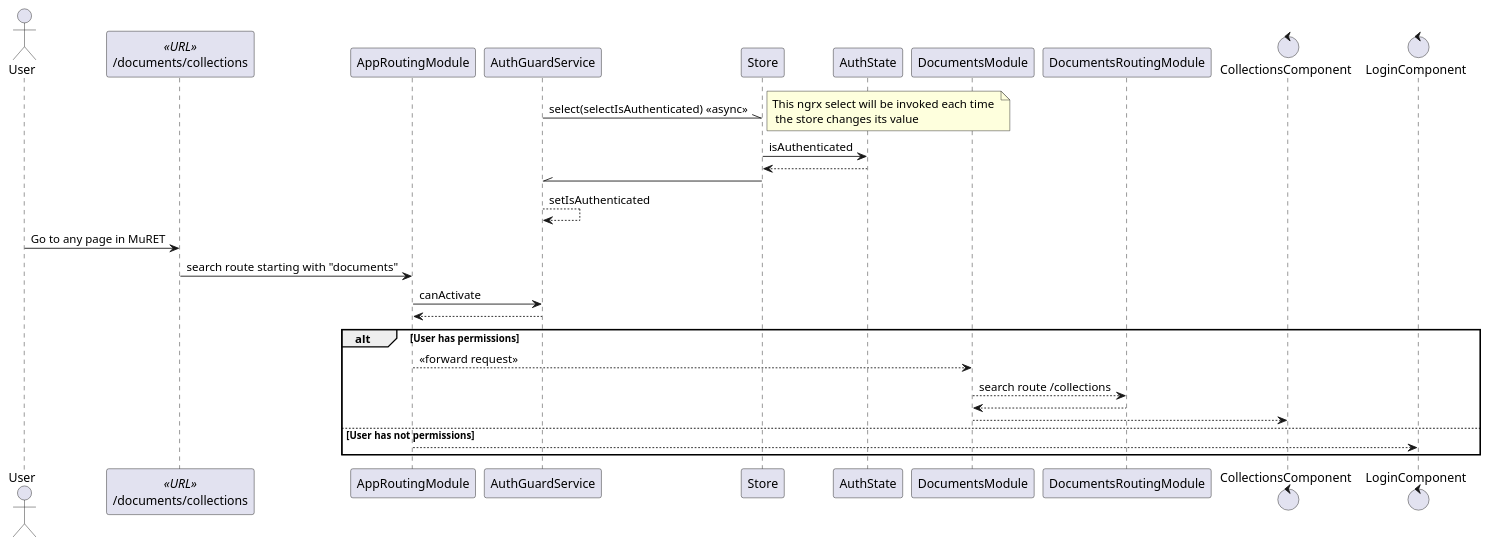
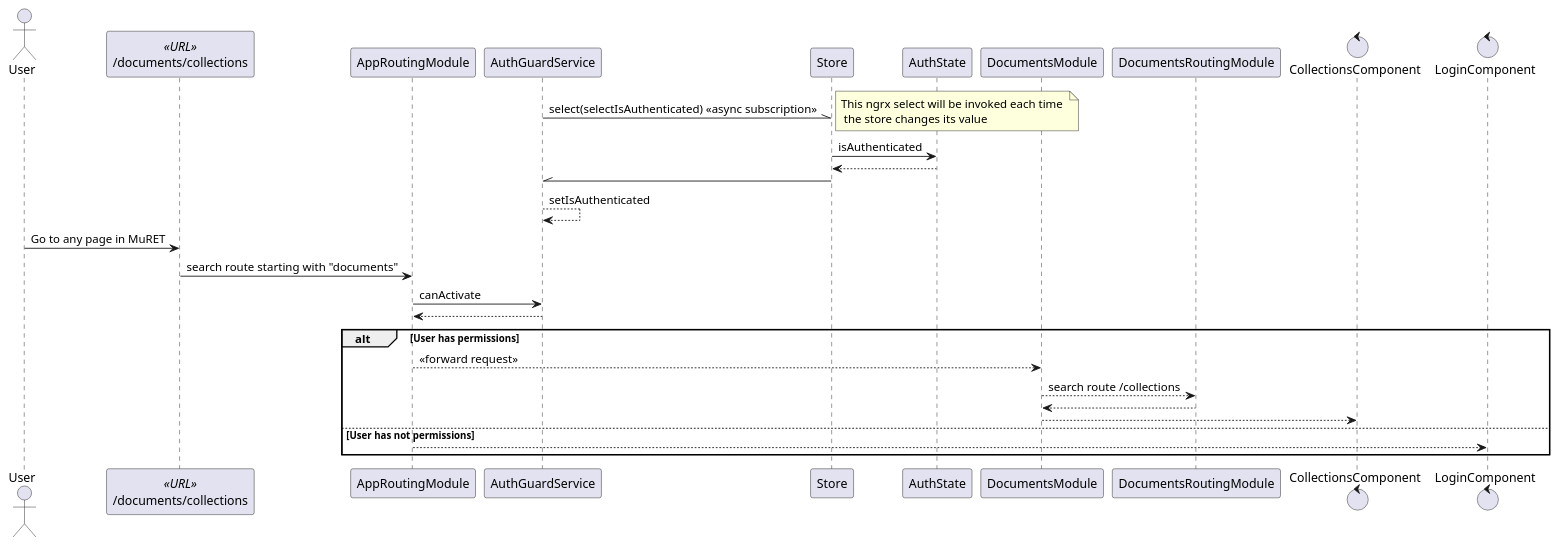
One commit to HISPAMUS/muret changed the first of 6 diagrams in documentation/readme.newgui.md. Above: the diagram before and after it, drawn with PlantUML. The commit also changed other lines of this file, not shown here.

````diff
--- a/documentation/readme.newgui.md
+++ b/documentation/readme.newgui.md
@@ -8,31 +10,31 @@
 ```puml
 // ***** GUARD MECHANISM SEQUENCE DIAGRAM ****
 @startuml
 actor User
 participant "/documents/collections" as urlCollections <<URL>>
 participant AppRoutingModule
 
-AuthGuardService -\\ Store: select(selectIsAuthenticated) <<async>>
+AuthGuardService -\\ Store: select(selectIsAuthenticated) <<async subscription>>
 note right: This ngrx select will be invoked each time \n the store changes its value
 Store -> AuthState: isAuthenticated
 return
 Store -\\ AuthGuardService
 AuthGuardService --> AuthGuardService: setIsAuthenticated
  
 User -> urlCollections: Go to any page in MuRET
 urlCollections -> AppRoutingModule: search route starting with "documents"
 AppRoutingModule -> AuthGuardService: canActivate
 return
 
 alt User has permissions
     AppRoutingModule --> DocumentsModule: <<forward request>>
     DocumentsModule --> DocumentsRoutingModule: search route /collections
     return
     control CollectionsComponent
     DocumentsModule --> CollectionsComponent
 else User has not permissions
     control LoginComponent
     AppRoutingModule --> LoginComponent
 end
 @enduml
 ```
````
